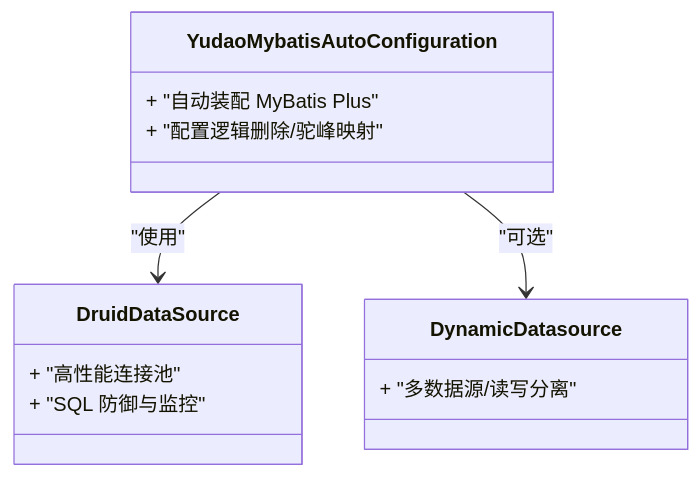
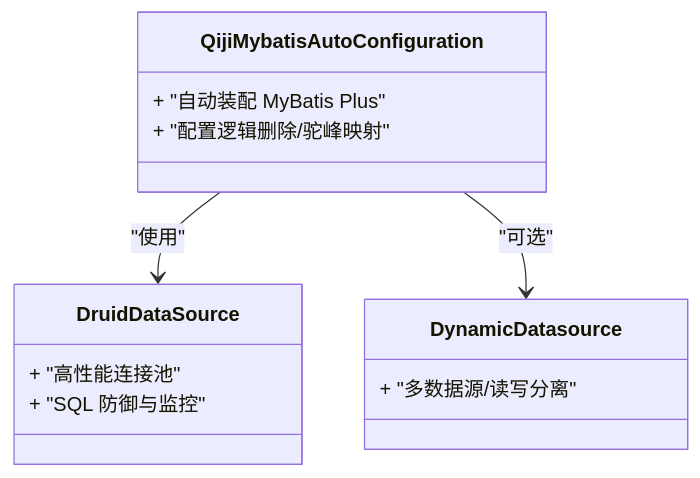
One commit to zhuangpengLI/AgenticCPS changed the third of 7 diagrams in backend/.qoder/repowiki/zh/content/系统架构设计/技术栈选型.md. Above: the diagram before and after it, drawn with Mermaid. The commit also changed other lines of this file and 3489 other files, not shown here.

````diff
--- a/backend/.qoder/repowiki/zh/content/系统架构设计/技术栈选型.md
+++ b/backend/.qoder/repowiki/zh/content/系统架构设计/技术栈选型.md
@@ -167,16 +167,16 @@
 ```mermaid
 classDiagram
-class YudaoMybatisAutoConfiguration {
+class QijiMybatisAutoConfiguration {
 + "自动装配 MyBatis Plus"
 + "配置逻辑删除/驼峰映射"
 }
 class DruidDataSource {
 + "高性能连接池"
 + "SQL 防御与监控"
 }
 class DynamicDatasource {
 + "多数据源/读写分离"
 }
-YudaoMybatisAutoConfiguration --> DruidDataSource : "使用"
-YudaoMybatisAutoConfiguration --> DynamicDatasource : "可选"
+QijiMybatisAutoConfiguration --> DruidDataSource : "使用"
+QijiMybatisAutoConfiguration --> DynamicDatasource : "可选"
 ```
````
